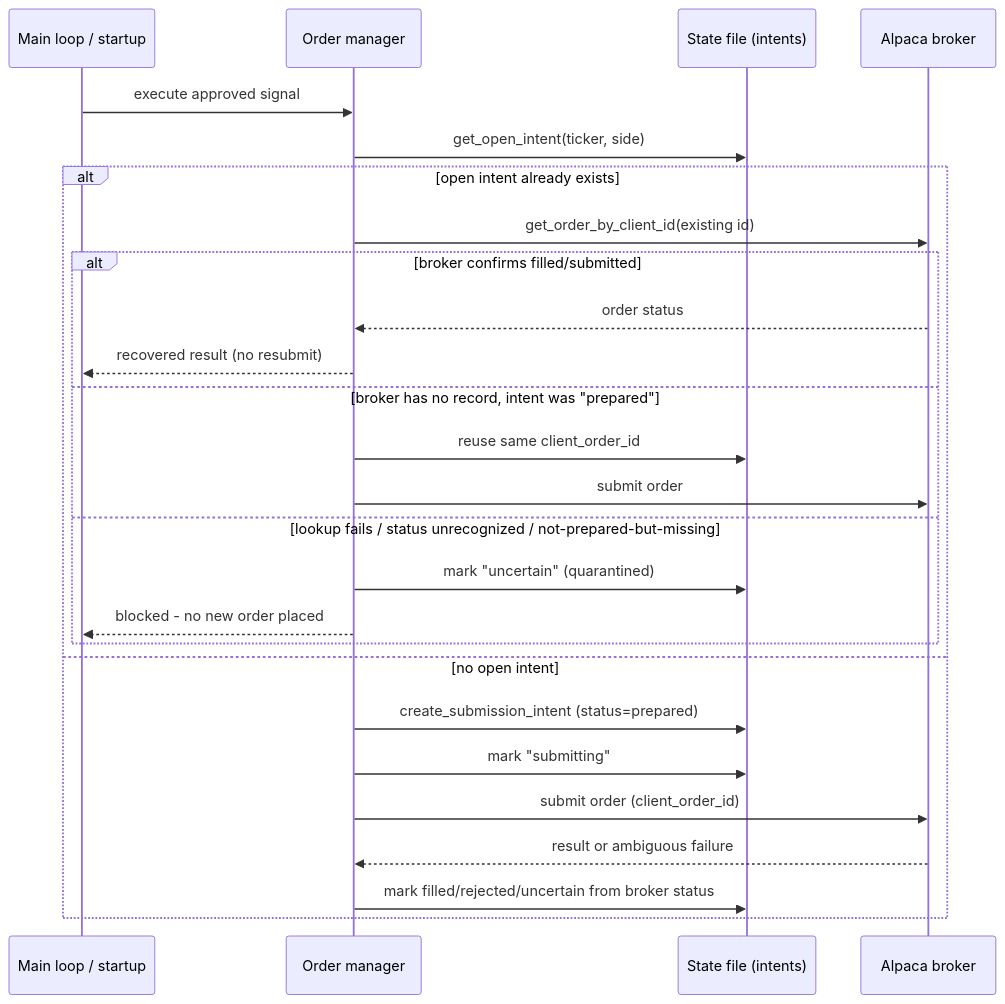
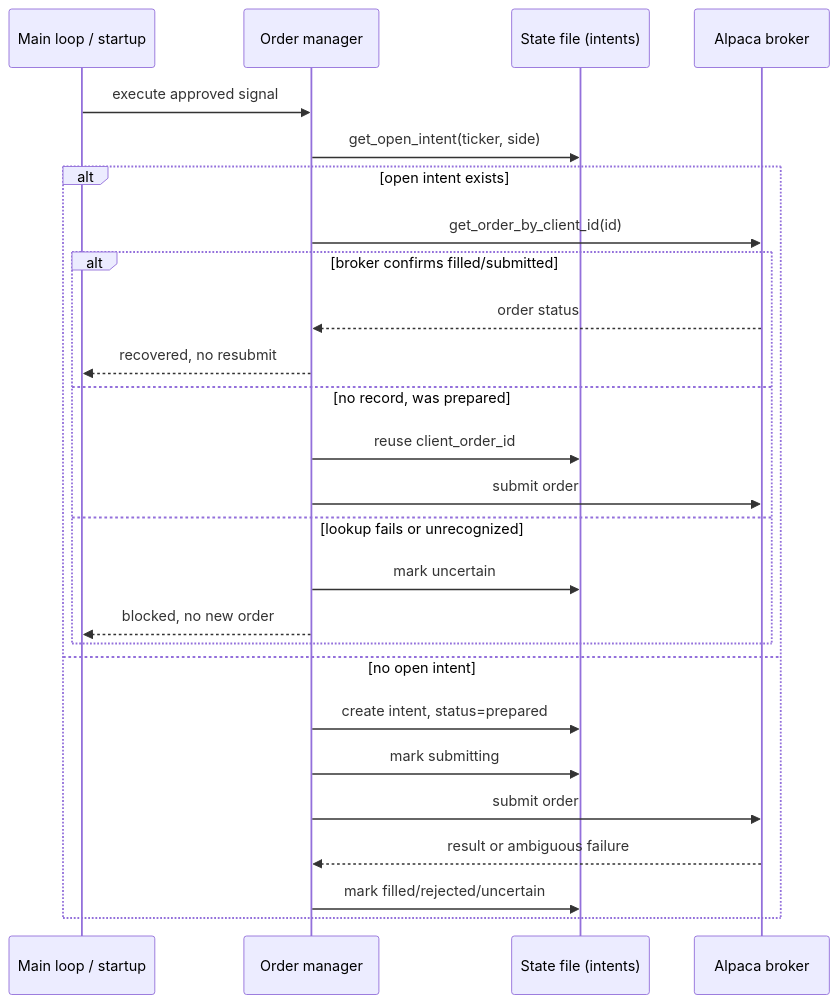
The second of 2 diagrams in README.md (bernardoguterres/AlphaLive), drawn with Mermaid before and after one commit. The commit also changed other lines of this file, not shown here.

````diff
--- a/README.md
+++ b/README.md
@@ -112,29 +85,29 @@
 ```mermaid
 sequenceDiagram
     participant Main as Main loop / startup
     participant OM as Order manager
     participant State as State file (intents)
     participant Alpaca as Alpaca broker
 
     Main->>OM: execute approved signal
     OM->>State: get_open_intent(ticker, side)
-    alt open intent already exists
-        OM->>Alpaca: get_order_by_client_id(existing id)
+    alt open intent exists
+        OM->>Alpaca: get_order_by_client_id(id)
         alt broker confirms filled/submitted
             Alpaca-->>OM: order status
-            OM-->>Main: recovered result (no resubmit)
-        else broker has no record, intent was "prepared"
-            OM->>State: reuse same client_order_id
+            OM-->>Main: recovered, no resubmit
+        else no record, was prepared
+            OM->>State: reuse client_order_id
             OM->>Alpaca: submit order
-        else lookup fails / status unrecognized / not-prepared-but-missing
-            OM->>State: mark "uncertain" (quarantined)
-            OM-->>Main: blocked - no new order placed
+        else lookup fails or unrecognized
+            OM->>State: mark uncertain
+            OM-->>Main: blocked, no new order
         end
     else no open intent
-        OM->>State: create_submission_intent (status=prepared)
-        OM->>State: mark "submitting"
-        OM->>Alpaca: submit order (client_order_id)
+        OM->>State: create intent, status=prepared
+        OM->>State: mark submitting
+        OM->>Alpaca: submit order
         Alpaca-->>OM: result or ambiguous failure
-        OM->>State: mark filled/rejected/uncertain from broker status
+        OM->>State: mark filled/rejected/uncertain
     end
 ```
````
